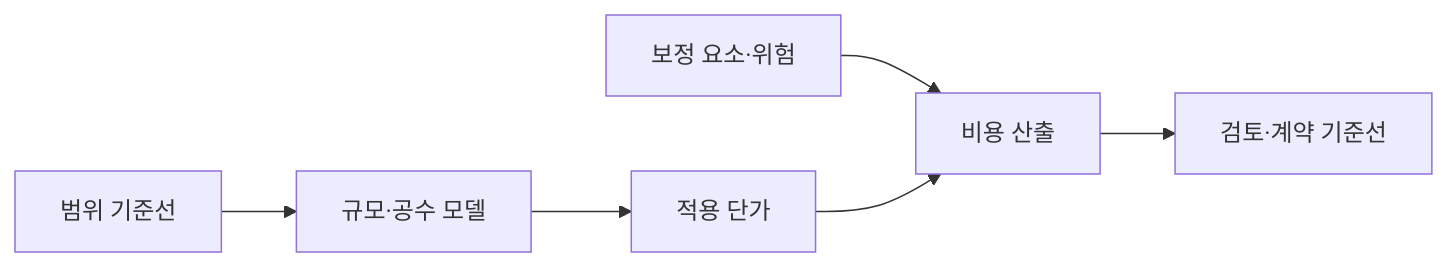
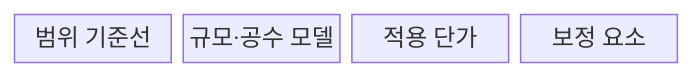
Before and after one commit to agnusdei1207/knowledge-base: the first of 2 diagrams in src/content/docs/notes/03-software/075_software_cost_estimation.md, drawn with Mermaid. The commit also changed other lines of this file and 20 other files, not shown here.

````diff
--- a/src/content/docs/notes/03-software/075_software_cost_estimation.md
+++ b/src/content/docs/notes/03-software/075_software_cost_estimation.md
@@ -60,8 +58,8 @@
 ```mermaid
-flowchart LR
-    S[범위 기준선] --> M[규모·공수 모델]
-    M --> R[적용 단가]
-    A[보정 요소·위험] --> C[비용 산출]
-    R --> C
-    C --> V[검토·계약 기준선]
+block
+  columns 4
+  S["범위 기준선"]
+  M["규모·공수 모델"]
+  R["적용 단가"]
+  A["보정 요소"]
 ```
````
